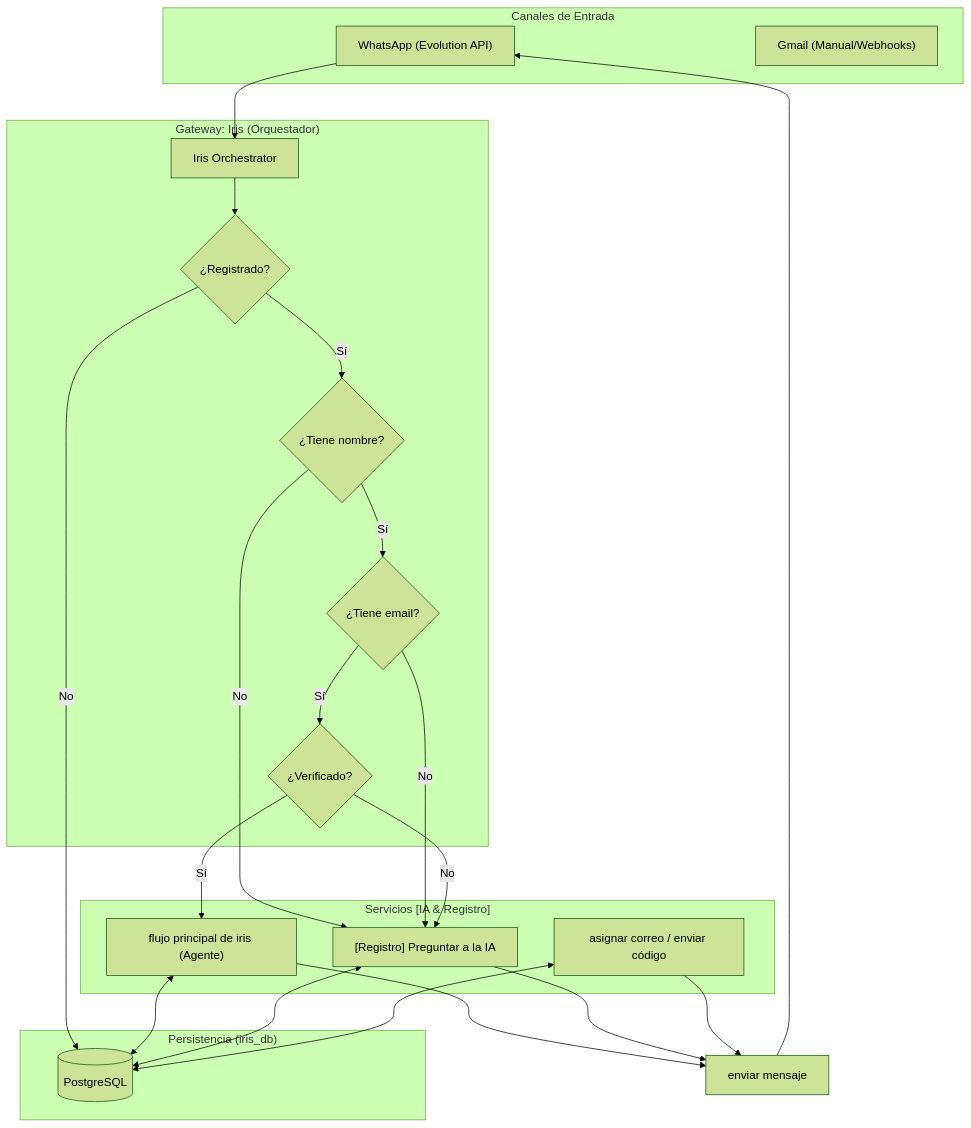
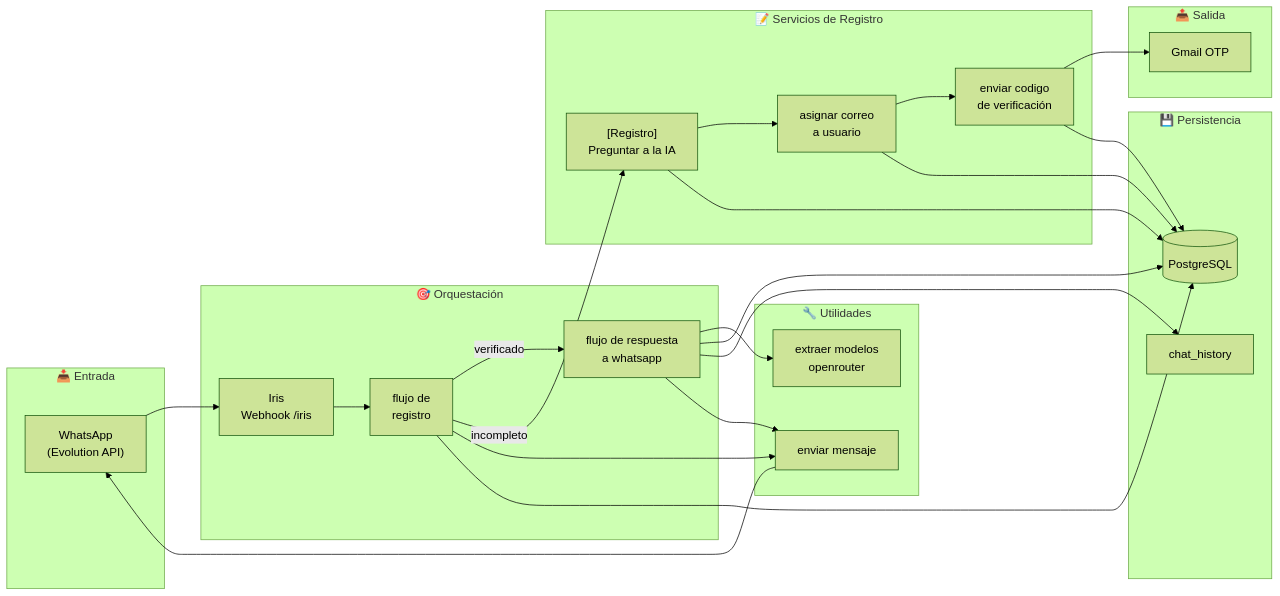
Before and after one commit to JavierLianoRioz/Iris: the first of 4 diagrams in documentation/README.md, drawn with Mermaid (forest theme). The commit also changed other lines of this file and 1 other file, not shown here.

````diff
--- a/documentation/README.md
+++ b/documentation/README.md
@@ -16,51 +16,50 @@
 ```mermaid
-graph TD
-    subgraph "Canales de Entrada"
-        WA["WhatsApp (Evolution API)"]
-        Mail["Gmail (Manual/Webhooks)"]
+graph LR
+    subgraph ENTRADA["📥 Entrada"]
+        WA["WhatsApp<br/>(Evolution API)"]
     end
 
-    subgraph "Gateway: Iris (Orquestador)"
-        O["Iris Orchestrator"]
-        C_Reg{"¿Registrado?"}
-        C_Name{"¿Tiene nombre?"}
-        C_Email{"¿Tiene email?"}
-        C_Verify{"¿Verificado?"}
+    subgraph ORQUESTACION["🎯 Orquestación"]
+        O["Iris<br/>Webhook /iris"]
+        REG["flujo de<br/>registro"]
+        MAIN["flujo de respuesta<br/>a whatsapp"]
     end
 
-    subgraph "Servicios [IA & Registro]"
-        RegAI["[Registro] Preguntar a la IA"]
-        MainAI["flujo principal de iris (Agente)"]
-        Verify["asignar correo / enviar código"]
+    subgraph REGISTRO["📝 Servicios de Registro"]
+        RegAI["[Registro]<br/>Preguntar a la IA"]
+        AsignarCorreo["asignar correo<br/>a usuario"]
+        EnviarCodigo["enviar codigo<br/>de verificación"]
     end
 
-    subgraph "Persistencia (iris_db)"
-        DB[(PostgreSQL)]
+    subgraph UTILIDADES["🔧 Utilidades"]
+        EnviarMsg["enviar mensaje"]
+        ModelsOR["extraer modelos<br/>openrouter"]
     end
 
-    %% Flujos de Lógica
-    WA --> O
-    O --> C_Reg
-    C_Reg -- "No" --> DB
-    C_Reg -- "Sí" --> C_Name
+    subgraph DATOS["💾 Persistencia"]
+        DB[(PostgreSQL)]
+        Memory["chat_history"]
+    end
+
+    subgraph SALIDA["📤 Salida"]
+        Mail["Gmail OTP"]
+    end
+
+    WA --> O --> REG
+    REG -->|verificado| MAIN
+    REG -->|incompleto| RegAI
     
-    C_Name -- "No" --> RegAI
-    C_Name -- "Sí" --> C_Email
+    RegAI --> AsignarCorreo --> EnviarCodigo --> Mail
+    RegAI --> DB
+    AsignarCorreo --> DB
+    EnviarCodigo --> DB
     
-    C_Email -- "No" --> RegAI
-    C_Email -- "Sí" --> C_Verify
+    MAIN --> ModelsOR
+    MAIN --> DB
+    MAIN --> Memory
+    MAIN --> EnviarMsg
+    REG --> EnviarMsg
+    REG --> DB
     
-    C_Verify -- "No" --> RegAI
-    C_Verify -- "Sí" --> MainAI
-
-    %% Conexiones de Datos
-    MainAI <--> DB
-    RegAI <--> DB
-    Verify <--> DB
-    
-    %% Respuesta Final
-    MainAI --> Out[enviar mensaje]
-    RegAI --> Out
-    Verify --> Out
-    Out --> WA
+    EnviarMsg --> WA
 ```
````
